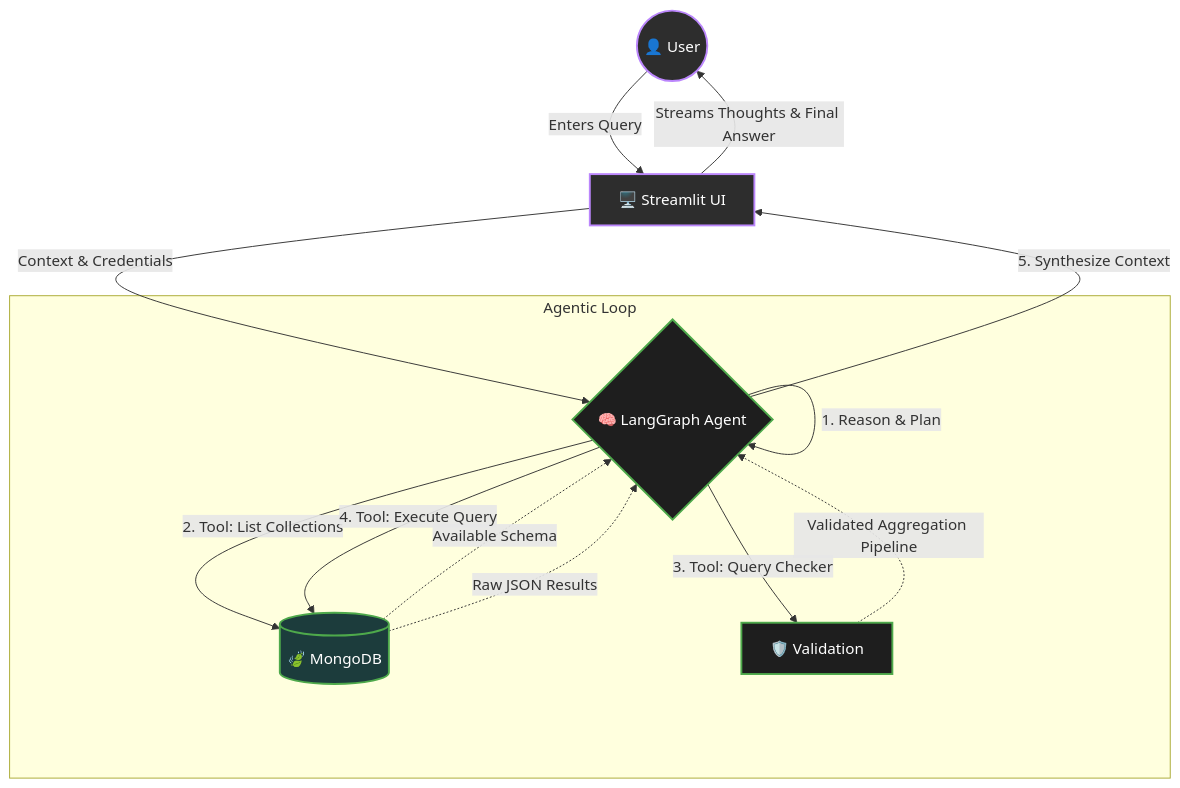
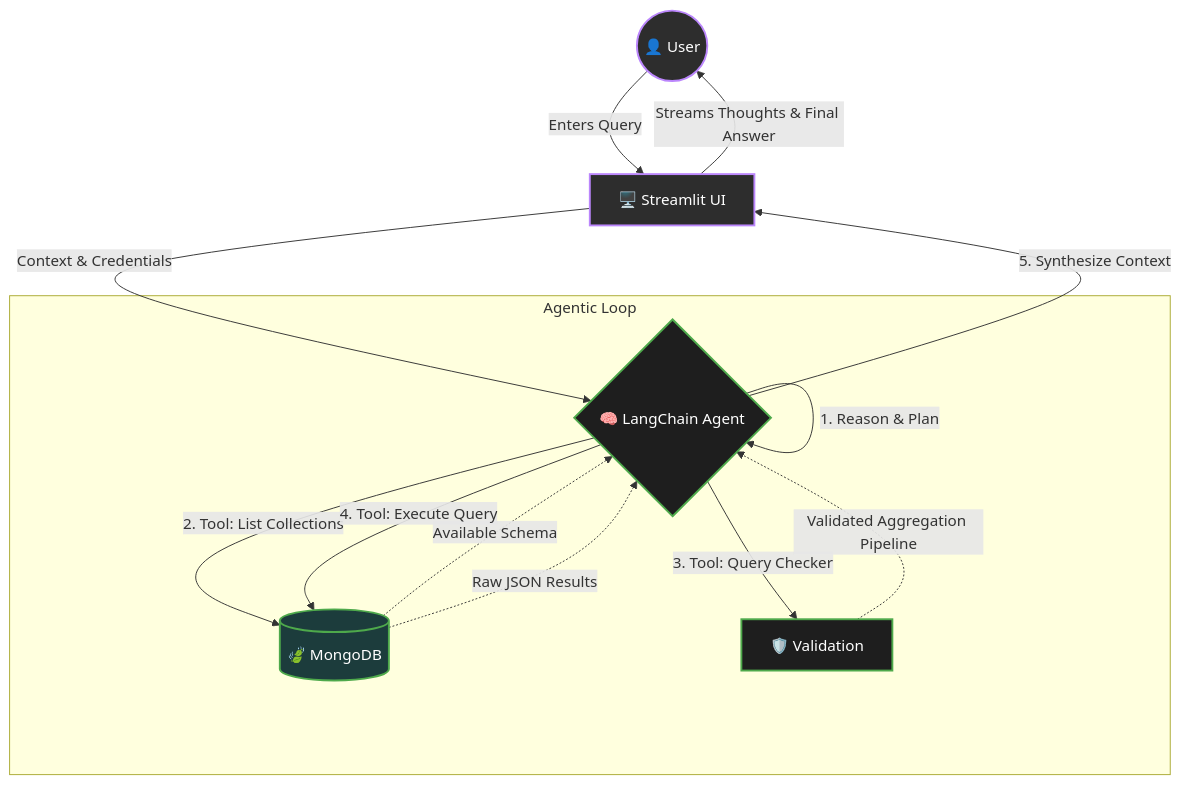
Before and after one commit to itslokeshx/QueryNest: the diagram in README.md, drawn with Mermaid. The commit also changed other lines of this file, not shown here.

Commit message:
docs: update project branding and rename orchestration framework from LangGraph to LangChain

````diff
--- a/README.md
+++ b/README.md
@@ -31,22 +31,22 @@
 ```mermaid
 graph TD
     classDef user fill:#2d2d2d,stroke:#bb86fc,stroke-width:2px,color:#fff;
     classDef agent fill:#1e1e1e,stroke:#4EA94B,stroke-width:2px,color:#fff;
     classDef db fill:#1C3C3C,stroke:#4EA94B,stroke-width:2px,color:#fff;
 
     A((👤 User)):::user -->|Enters Query| B[🖥️ Streamlit UI]:::user
-    B -->|Context & Credentials| C{🧠 LangGraph Agent}:::agent
+    B -->|Context & Credentials| C{🧠 LangChain Agent}:::agent
     
     subgraph Agentic Loop
         C -->|1. Reason & Plan| C
         C -->|2. Tool: List Collections| D[(🍃 MongoDB)]:::db
         D -.->|Available Schema| C
         C -->|3. Tool: Query Checker| E[🛡️ Validation]:::agent
         E -.->|Validated Aggregation Pipeline| C
         C -->|4. Tool: Execute Query| D
         D -.->|Raw JSON Results| C
     end
     
     C -->|5. Synthesize Context| B
     B -->|Streams Thoughts & Final Answer| A
 ```
````
